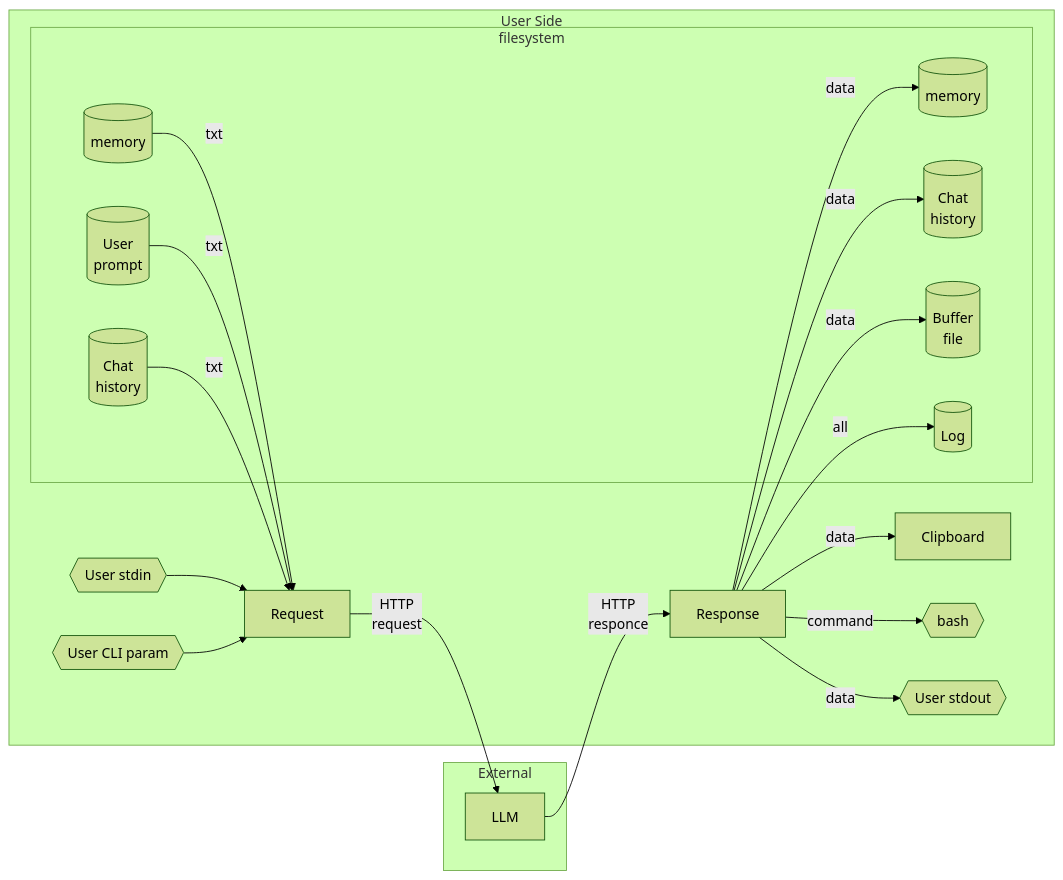
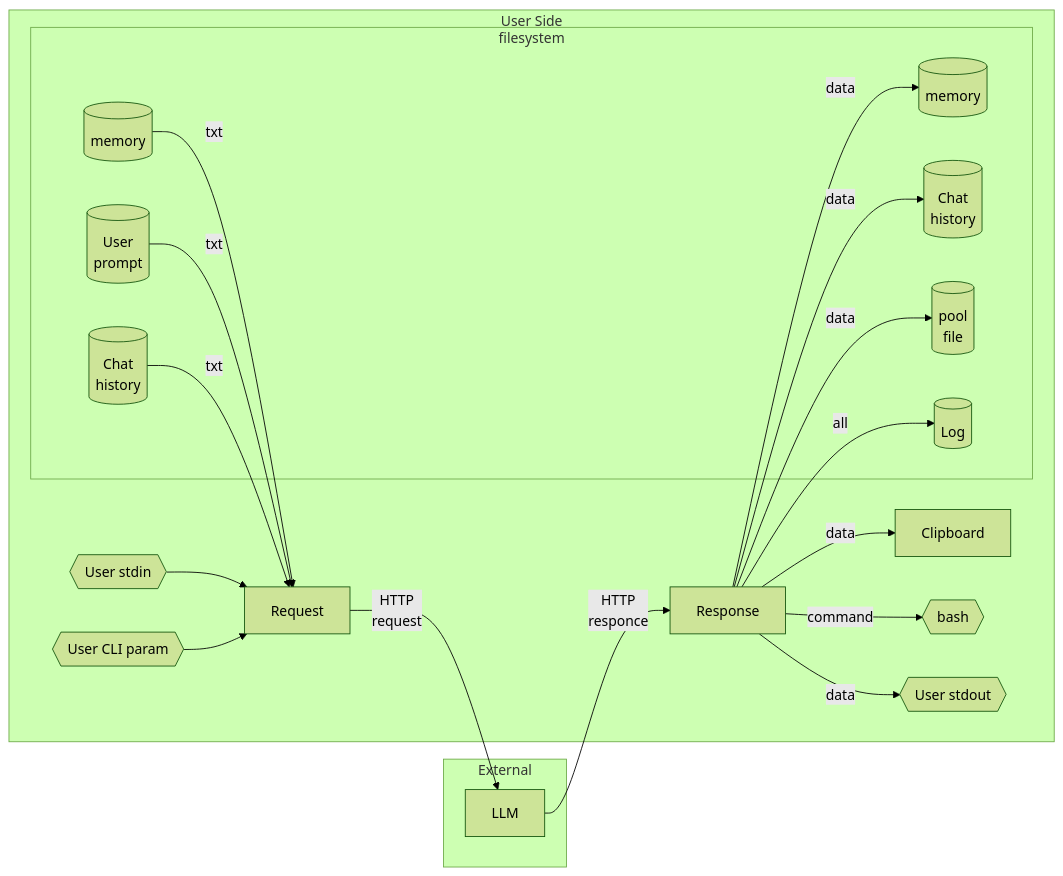
The second of 2 diagrams in README.md (johnthesmith/ai-cli), drawn with Mermaid (forest theme) before and after one commit. The commit also changed other lines of this file and 10 other files, not shown here.

````diff
--- a/README.md
+++ b/README.md
@@ -229,45 +229,45 @@
 ```mermaid
 flowchart LR
     subgraph UserSide["User Side"]
         subgraph filesystem
             memory_in[("memory")]
             memory_out[("memory")]
             history_out[("Chat \n history")]
             history_in[("Chat \n history")]
             prompt[("User \n prompt")]
-            buffer[("Buffer \n file")]
+            pool[("pool \n file")]
             log[("Log")]
         end
         
         clipboard["Clipboard"]
         stdin{{"User stdin"}}
         param{{"User CLI param"}}
         command{{"bash"}}
         stdout{{"User stdout"}}
         
         req["Request"]
         resp["Response"]
     end
 
     subgraph World["External"]
         llm["LLM"]
     end
 
     resp --> |all| log
     
     llm --> |HTTP \n responce| resp
     req -->|HTTP \n request| llm
        
     resp -->|data| memory_out
     resp -->|data| history_out
     resp -->|data| stdout
     resp -->|command| command    
-    resp -->|data| buffer     
+    resp -->|data| pool     
     resp -->|data| clipboard
 
     memory_in --> |txt| req
     prompt --> |txt| req
     stdin --> req
     param --> req
     history_in --> |txt| req
 ```
````
